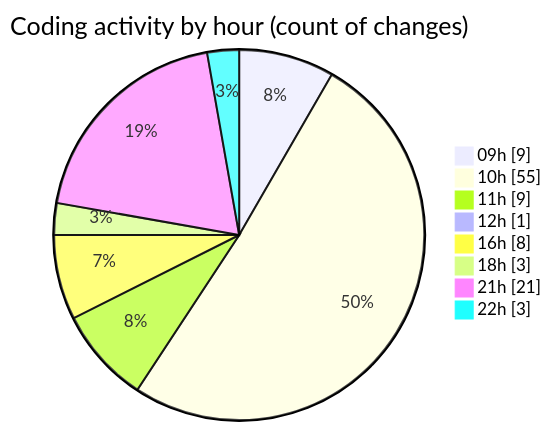
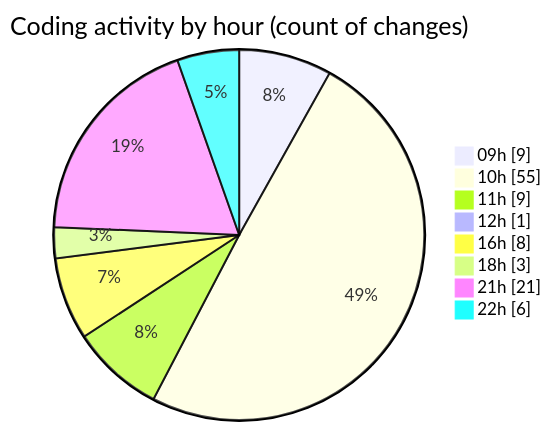
Before and after one commit to robertbonfada/code-tracking: the second of 2 diagrams in 2025-03-04/termonied_testador/README.md, drawn with Mermaid. The commit also changed other lines of this file and 1 other file, not shown here.

````diff
--- a/2025-03-04/termonied_testador/README.md
+++ b/2025-03-04/termonied_testador/README.md
@@ -47,12 +48,12 @@
 ```mermaid
 pie showData
 title Coding activity by hour (count of changes)
 "09h" : 9
 "10h" : 55
 "11h" : 9
 "12h" : 1
 "16h" : 8
 "18h" : 3
 "21h" : 21
-"22h" : 3
+"22h" : 6
 ```
````
